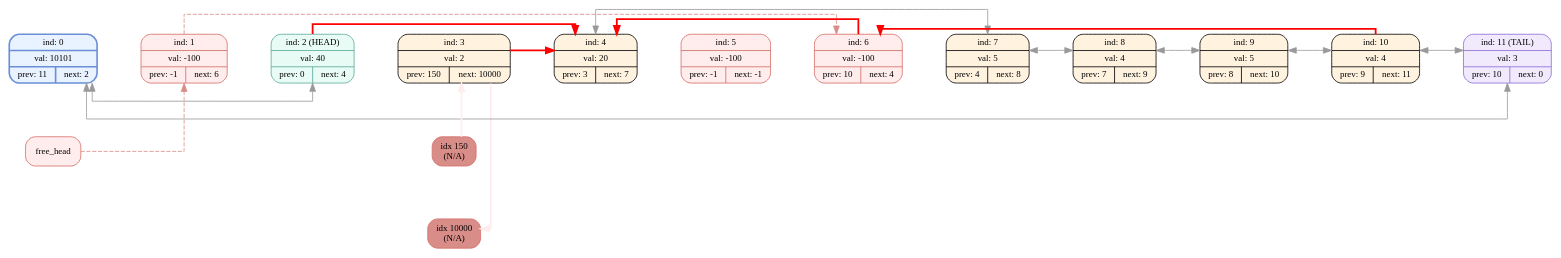
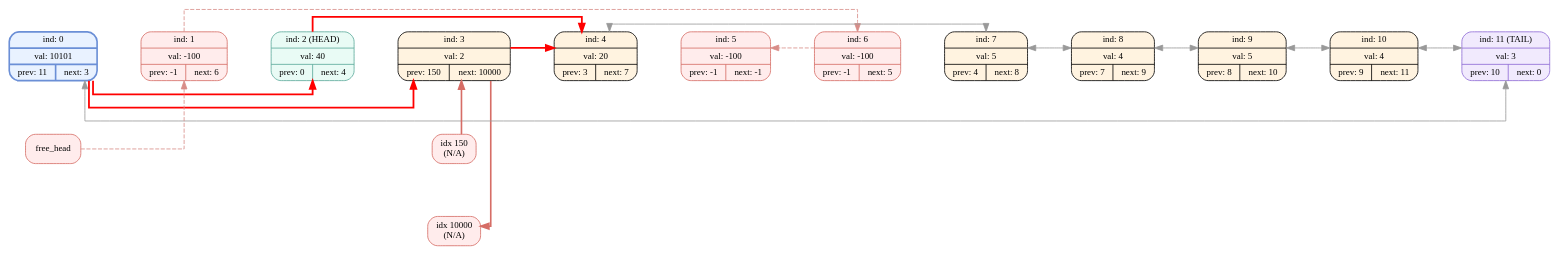
Before and after one commit to EvilTomato9890/DEAD_List: the diagram in dumps/dump_009.dot, drawn with Graphviz. The commit also changed 18 other files, not shown here.

```diff
--- a/dumps/dump_009.dot
+++ b/dumps/dump_009.dot
@@ -1,52 +1,52 @@
 digraph G{
   rankdir=LR;
   splines=ortho;
   nodesep=0.9;
   ranksep=0.75;
   node [fontname="Fira Mono",shape=record,style="filled,rounded",fontsize=11];
-  node_0[shape=record,label="ind: 0 | val: 10101 | { prev: 11 | next: 2 }",color="#6b8fd6",style="filled,bold,rounded",fillcolor="#e9f2ff"];
+  node_0[shape=record,label="ind: 0 | val: 10101 | { prev: 11 | next: 3 }",color="#6b8fd6",style="filled,bold,rounded",fillcolor="#e9f2ff"];
   node_1[shape=record,label=" ind: 1 | val: -100 | { prev: -1 | next: 6 } ",style="filled,rounded",color="#d66d66",fillcolor="#ffecec"];
   node_2[shape=record,label=" ind: 2 (HEAD) | val: 40 | { prev: 0 | next: 4 } ",color="#5aa99b",fillcolor="#e9fbf5"];
   node_3[shape=record,label=" ind: 3 | val: 2 | { prev: 150 | next: 10000 } ",color="#000000",fillcolor="#fff3e0"];
   node_4[shape=record,label=" ind: 4 | val: 20 | { prev: 3 | next: 7 } ",color="#000000",fillcolor="#fff3e0"];
   node_5[shape=record,label=" ind: 5 | val: -100 | { prev: -1 | next: -1 } ",style="filled,rounded",color="#d66d66",fillcolor="#ffecec"];
-  node_6[shape=record,label=" ind: 6 | val: -100 | { prev: 10 | next: 4 } ",style="filled,rounded",color="#d66d66",fillcolor="#ffecec"];
+  node_6[shape=record,label=" ind: 6 | val: -100 | { prev: -1 | next: 5 } ",style="filled,rounded",color="#d66d66",fillcolor="#ffecec"];
   node_7[shape=record,label=" ind: 7 | val: 5 | { prev: 4 | next: 8 } ",color="#000000",fillcolor="#fff3e0"];
   node_8[shape=record,label=" ind: 8 | val: 4 | { prev: 7 | next: 9 } ",color="#000000",fillcolor="#fff3e0"];
   node_9[shape=record,label=" ind: 9 | val: 5 | { prev: 8 | next: 10 } ",color="#000000",fillcolor="#fff3e0"];
   node_10[shape=record,label=" ind: 10 | val: 4 | { prev: 9 | next: 11 } ",color="#000000",fillcolor="#fff3e0"];
   node_11[shape=record,label=" ind: 11 (TAIL) | val: 3 | { prev: 10 | next: 0 } ",color="#8e6bd6",fillcolor="#f1eafd"];
   node_0 -> node_1 [weight=1000,style=invis];
   node_1 -> node_2 [weight=1000,style=invis];
   node_2 -> node_3 [weight=1000,style=invis];
   node_3 -> node_4 [weight=1000,style=invis];
   node_4 -> node_5 [weight=1000,style=invis];
   node_5 -> node_6 [weight=1000,style=invis];
   node_6 -> node_7 [weight=1000,style=invis];
   node_7 -> node_8 [weight=1000,style=invis];
   node_8 -> node_9 [weight=1000,style=invis];
   node_9 -> node_10 [weight=1000,style=invis];
   node_10 -> node_11 [weight=1000,style=invis];
   node_1 -> node_6 [color="#d88d88", style=dashed, constraint=false];
-  node_0 -> node_2 [dir=both, color="#999999", constraint=false];
+  node_6 -> node_5 [color="#d88d88", style=dashed, constraint=false];
+  node_0 -> node_3 [color="#ff0000", penwidth=2.2, constraint=false];
   node_2 -> node_4 [color="#ff0000", penwidth=2.2, constraint=false];
-  node_bad_n_3 [label="idx 10000\n(N/A)",shape=rectangle,style="filled,rounded",color="#d66d66",fillcolor="#d88d88"];
-  node_3 -> node_bad_n_3 [style="bold", color="#ffecec", constraint=false];
+  node_bad_n_3 [label="idx 10000\n(N/A)",shape=rectangle,style="filled,rounded",color="#d66d66",fillcolor="#ffecec"];
+  node_3 -> node_bad_n_3 [style="bold", color="#d66d66", constraint=false];
   node_3 -> node_bad_n_3 [style=invis, constraint=true, weight=60, minlen=1];
   {rank=same; node_3; node_bad_n_3;}
   node_4 -> node_7 [dir=both, color="#999999", constraint=false];
-  node_6 -> node_4 [color="#ff0000", penwidth=2.2, constraint=false];
   node_7 -> node_8 [dir=both, color="#999999", constraint=false];
   node_8 -> node_9 [dir=both, color="#999999", constraint=false];
   node_9 -> node_10 [dir=both, color="#999999", constraint=false];
   node_10 -> node_11 [dir=both, color="#999999", constraint=false];
   node_11 -> node_0 [dir=both, color="#999999", constraint=false];
-  node_bad_p_3 [label="idx 150\n(N/A)",shape=rectangle,style="filled,rounded",color="#d66d66",fillcolor="#d88d88"];
-  node_bad_p_3 -> node_3 [style="bold", color="#ffecec", constraint=false];
+  node_0 -> node_2 [color="#ff0000", penwidth=2.2, constraint=false];
+  node_bad_p_3 [label="idx 150\n(N/A)",shape=rectangle,style="filled,rounded",color="#d66d66",fillcolor="#ffecec"];
+  node_bad_p_3 -> node_3 [style="bold", color="#d66d66", constraint=false];
   node_3 -> node_bad_p_3 [style=invis, constraint=true, weight=60, minlen=1];
   {rank=same; node_3; node_bad_p_3;}
   node_3 -> node_4 [color="#ff0000", penwidth=2.2, constraint=false];
-  node_10 -> node_6 [color="#ff0000", penwidth=2.2, constraint=false];
   node_free [label=free_head,color="#d66d66",shape=rectangle,style="filled,rounded",fillcolor="#ffecec"];
   node_free -> node_1 [color="#d88d88", style=dashed, constraint=false];
 }
```
